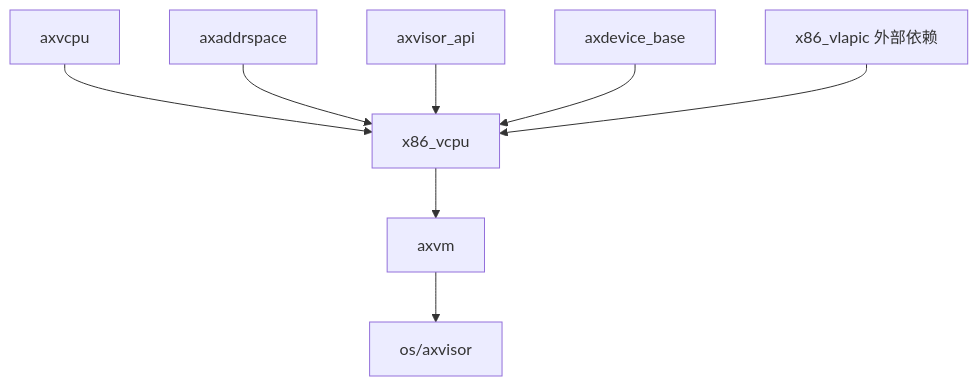
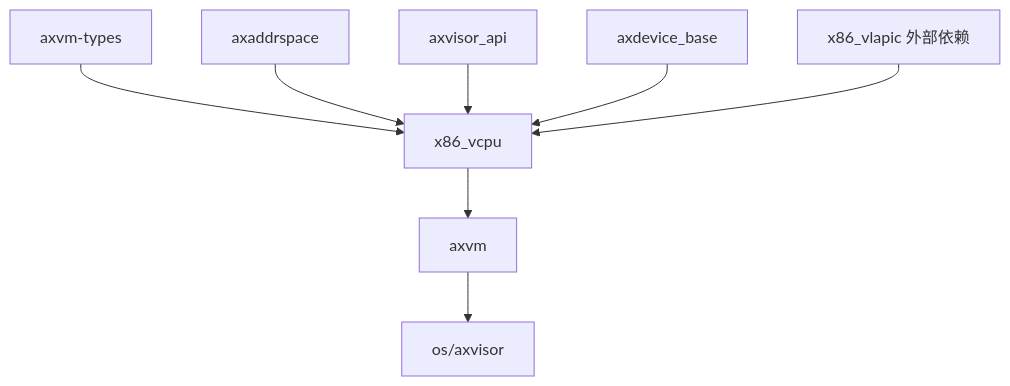
One commit to rcore-os/tgoskits changed the second of 2 diagrams in docs/docs/components/crates/x86-vcpu.md. Above: the diagram before and after it, drawn with Mermaid. The commit also changed other lines of this file and 79 other files, not shown here.

Commit message:
refactor(axvm): decouple vcpu backends

````diff
--- a/docs/docs/components/crates/x86-vcpu.md
+++ b/docs/docs/components/crates/x86-vcpu.md
@@ -242,10 +242,10 @@
 ```mermaid
 graph TD
-    A[axvcpu] --> B[x86_vcpu]
+    A[axvm-types] --> B[x86_vcpu]
     C[axaddrspace] --> B
     D[axvisor_api] --> B
     E[axdevice_base] --> B
     F[x86_vlapic 外部依赖] --> B
     B --> G[axvm]
     G --> H[os/axvisor]
 ```
````
